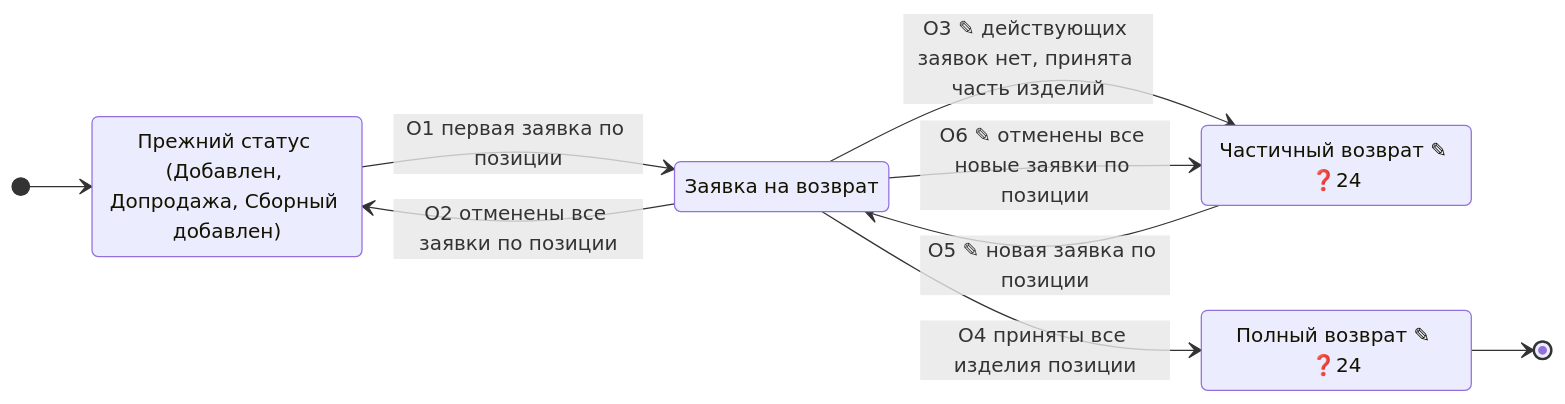
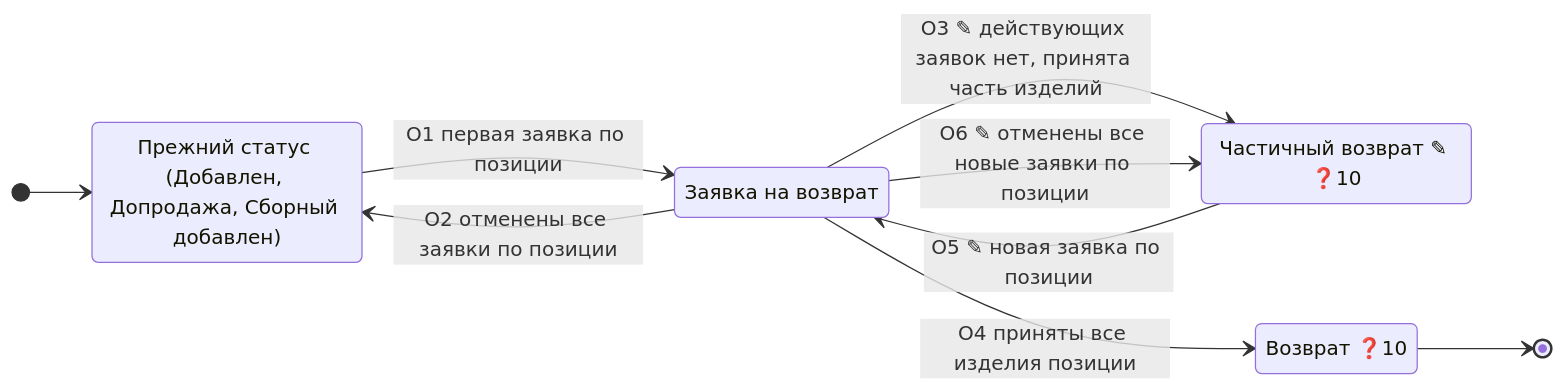
Before and after one commit to Terinss155/opencode-agents-analysis: the third of 3 diagrams in projects/returns-2.0/requirements/diagrams/state/return-status_state.md, drawn with Mermaid. The commit also changed other lines of this file and 371 other files, not shown here.

````diff
--- a/projects/returns-2.0/requirements/diagrams/state/return-status_state.md
+++ b/projects/returns-2.0/requirements/diagrams/state/return-status_state.md
@@ -153,18 +150,18 @@
 ```mermaid
 stateDiagram-v2
     direction LR
 
     state "Прежний статус (Добавлен, Допродажа, Сборный добавлен)" as Sold
     state "Заявка на возврат" as Requested
-    state "Частичный возврат ✎ ❓24" as Partial
-    state "Полный возврат ✎ ❓24" as Returned
+    state "Частичный возврат ✎ ❓10" as Partial
+    state "Возврат ❓10" as Returned
 
     [*] --> Sold
     Sold --> Requested : O1 первая заявка по позиции
     Requested --> Sold : O2 отменены все заявки по позиции
     Requested --> Partial : O3 ✎ действующих заявок нет, принята часть изделий
     Requested --> Returned : O4 приняты все изделия позиции
     Partial --> Requested : O5 ✎ новая заявка по позиции
     Requested --> Partial : O6 ✎ отменены все новые заявки по позиции
     Returned --> [*]
 ```
````
